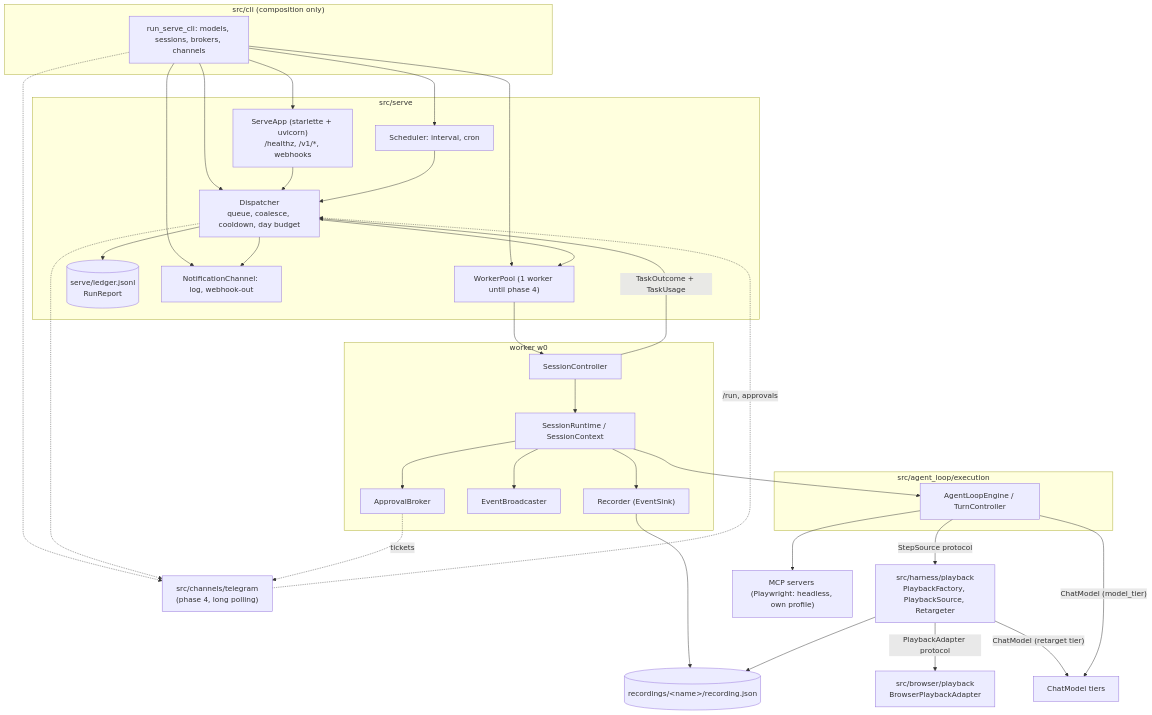
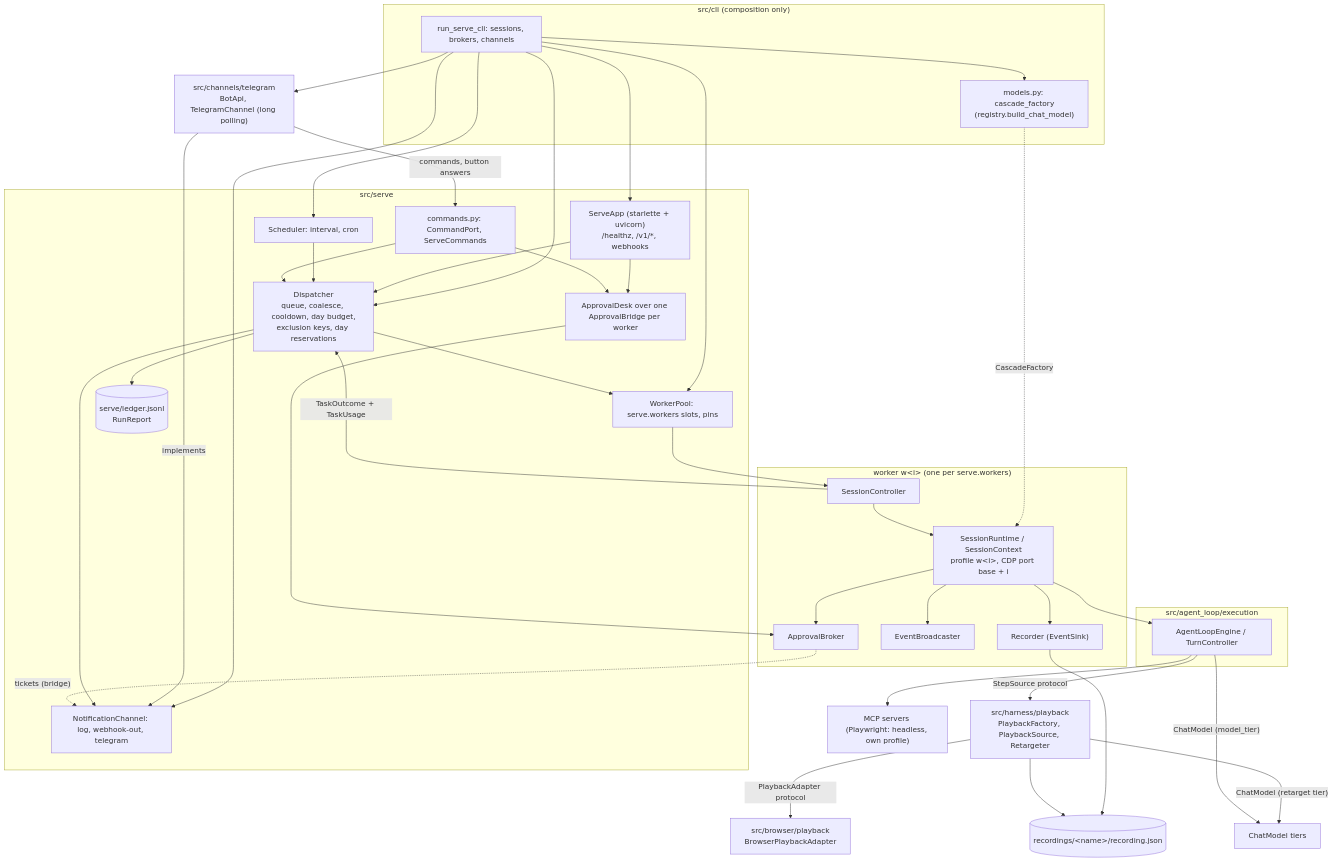
The first of 6 diagrams in docs/diagrams/serve-mode.md (Hastur456/AutoBrowser), drawn with Mermaid before and after one commit. The commit also changed other lines of this file and 14 other files, not shown here.

First line of the commit message:
docs(serve): document the cascade, the Telegram channel and the worker pool

````diff
--- a/docs/diagrams/serve-mode.md
+++ b/docs/diagrams/serve-mode.md
@@ -19,49 +20,58 @@
 ```mermaid
 flowchart TB
   subgraph CLI["src/cli (composition only)"]
-    BOOT["run_serve_cli: models, sessions, brokers, channels"]
+    BOOT["run_serve_cli: sessions, brokers, channels"]
+    MOD["models.py: cascade_factory<br/>(registry.build_chat_model)"]
   end
   subgraph SERVE["src/serve"]
     HTTP["ServeApp (starlette + uvicorn)<br/>/healthz, /v1/*, webhooks"]
     SCH["Scheduler: interval, cron"]
-    DIS["Dispatcher<br/>queue, coalesce, cooldown, day budget"]
-    POOL["WorkerPool (1 worker until phase 4)"]
+    DIS["Dispatcher<br/>queue, coalesce, cooldown, day budget,<br/>exclusion keys, day reservations"]
+    POOL["WorkerPool: serve.workers slots, pins"]
+    CMD["commands.py: CommandPort, ServeCommands"]
+    DESK["ApprovalDesk over one ApprovalBridge per worker"]
     LED[("serve/ledger.jsonl<br/>RunReport")]
-    NOTE["NotificationChannel: log, webhook-out"]
+    NOTE["NotificationChannel: log, webhook-out, telegram"]
   end
-  TG["src/channels/telegram<br/>(phase 4, long polling)"]
-  subgraph WORKER["worker w0"]
+  TG["src/channels/telegram<br/>BotApi, TelegramChannel (long polling)"]
+  subgraph WORKER["worker w&lt;i&gt; (one per serve.workers)"]
     CTL["SessionController"]
-    SR["SessionRuntime / SessionContext"]
+    SR["SessionRuntime / SessionContext<br/>profile w&lt;i&gt;, CDP port base + i"]
     AB["ApprovalBroker"]
     EB["EventBroadcaster"]
     REC["Recorder (EventSink)"]
   end
   subgraph ENGINE["src/agent_loop/execution"]
     ENG["AgentLoopEngine / TurnController"]
   end
   PB["src/harness/playback<br/>PlaybackFactory, PlaybackSource, Retargeter"]
   RS[("recordings/&lt;name&gt;/recording.json")]
   BA["src/browser/playback<br/>BrowserPlaybackAdapter"]
   MCP["MCP servers (Playwright: headless, own profile)"]
 
   BOOT --> HTTP & SCH & DIS & POOL & NOTE
-  BOOT -.-> TG
+  BOOT --> TG
+  BOOT --> MOD
+  MOD -. "CascadeFactory" .-> SR
   HTTP --> DIS
+  HTTP --> DESK
   SCH --> DIS
-  TG -. "/run, approvals" .-> DIS
+  TG -- "commands, button answers" --> CMD
+  CMD --> DIS
+  CMD --> DESK
+  DESK --> AB
+  TG -- "implements" --> NOTE
   DIS --> POOL --> CTL --> SR --> ENG
   SR --> AB & EB & REC
   REC --> RS
   ENG -- "StepSource protocol" --> PB
   PB --> RS
   PB -- "PlaybackAdapter protocol" --> BA
   PB -- "ChatModel (retarget tier)" --> LLM["ChatModel tiers"]
   ENG -- "ChatModel (model_tier)" --> LLM
   ENG --> MCP
   CTL -- "TaskOutcome + TaskUsage" --> DIS
   DIS --> LED
   DIS --> NOTE
-  DIS -.-> TG
-  AB -. "tickets" .-> TG
+  AB -. "tickets (bridge)" .-> NOTE
 ```
````
